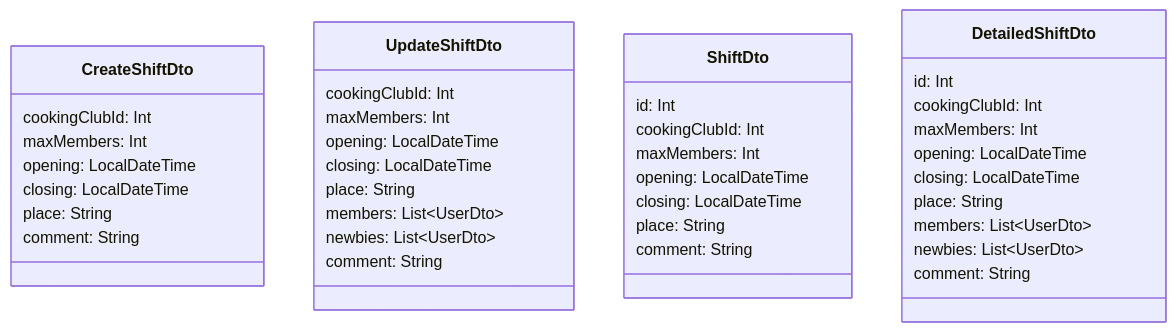
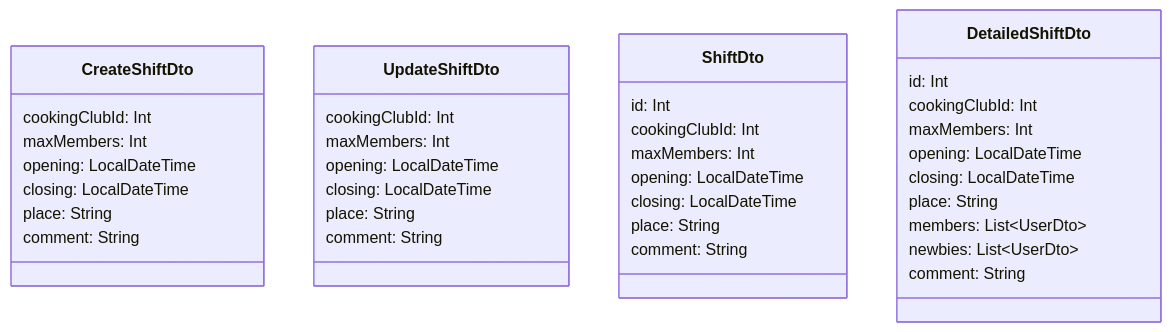
Before and after one commit to kir-dev/foodex-web: the fourth of 9 diagrams in Upgrade backend TERV.md, drawn with Mermaid. The commit also changed other lines of this file, not shown here.

````diff
--- a/Upgrade backend TERV.md
+++ b/Upgrade backend TERV.md
@@ -95,45 +91,43 @@
 ```mermaid
 classDiagram
 
 class CreateShiftDto {
     cookingClubId: Int
     maxMembers: Int
     opening: LocalDateTime
     closing: LocalDateTime
     place: String
     comment: String
 }
 
 class UpdateShiftDto {
     cookingClubId: Int
     maxMembers: Int
     opening: LocalDateTime
     closing: LocalDateTime
     place: String
-    members: List&lt;UserDto&gt;
-    newbies: List&lt;UserDto&gt;
     comment: String
 }
 
 class ShiftDto {
     id: Int
     cookingClubId: Int
     maxMembers: Int
     opening: LocalDateTime
     closing: LocalDateTime
     place: String
     comment: String
 }
 
 class DetailedShiftDto {
     id: Int
     cookingClubId: Int
     maxMembers: Int
     opening: LocalDateTime
     closing: LocalDateTime
     place: String
     members: List&lt;UserDto&gt;
     newbies: List&lt;UserDto&gt;
     comment: String
 }
 ```
````
